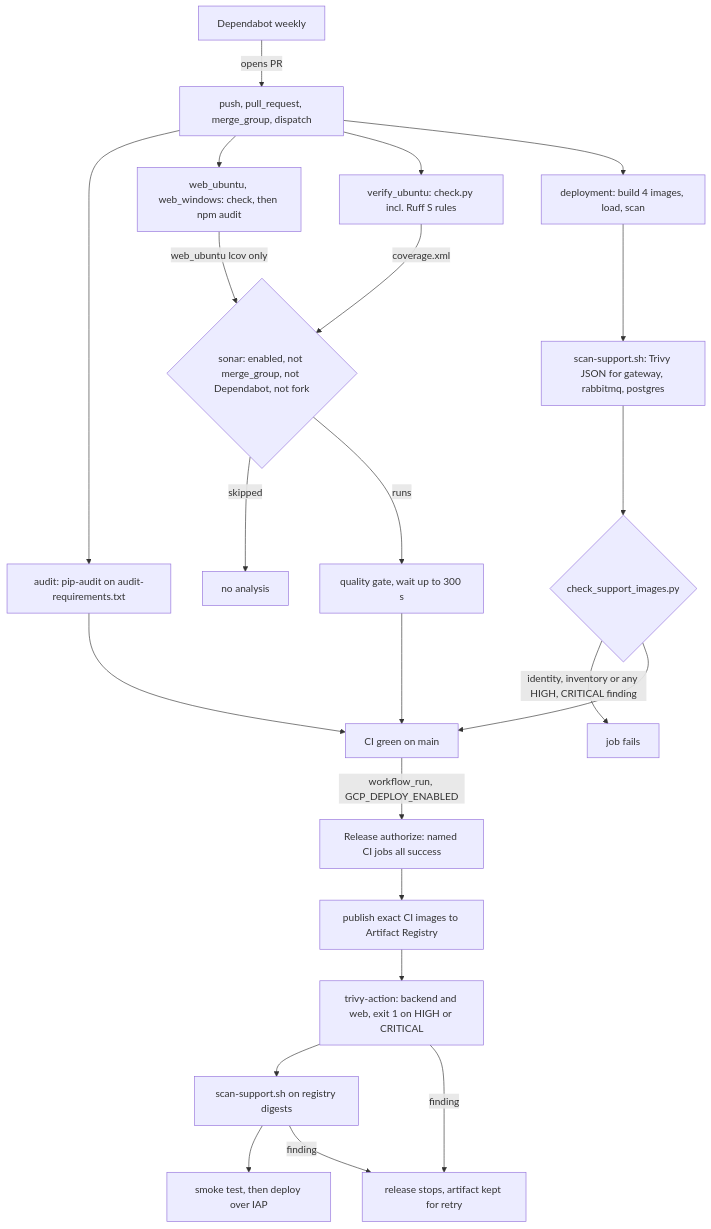
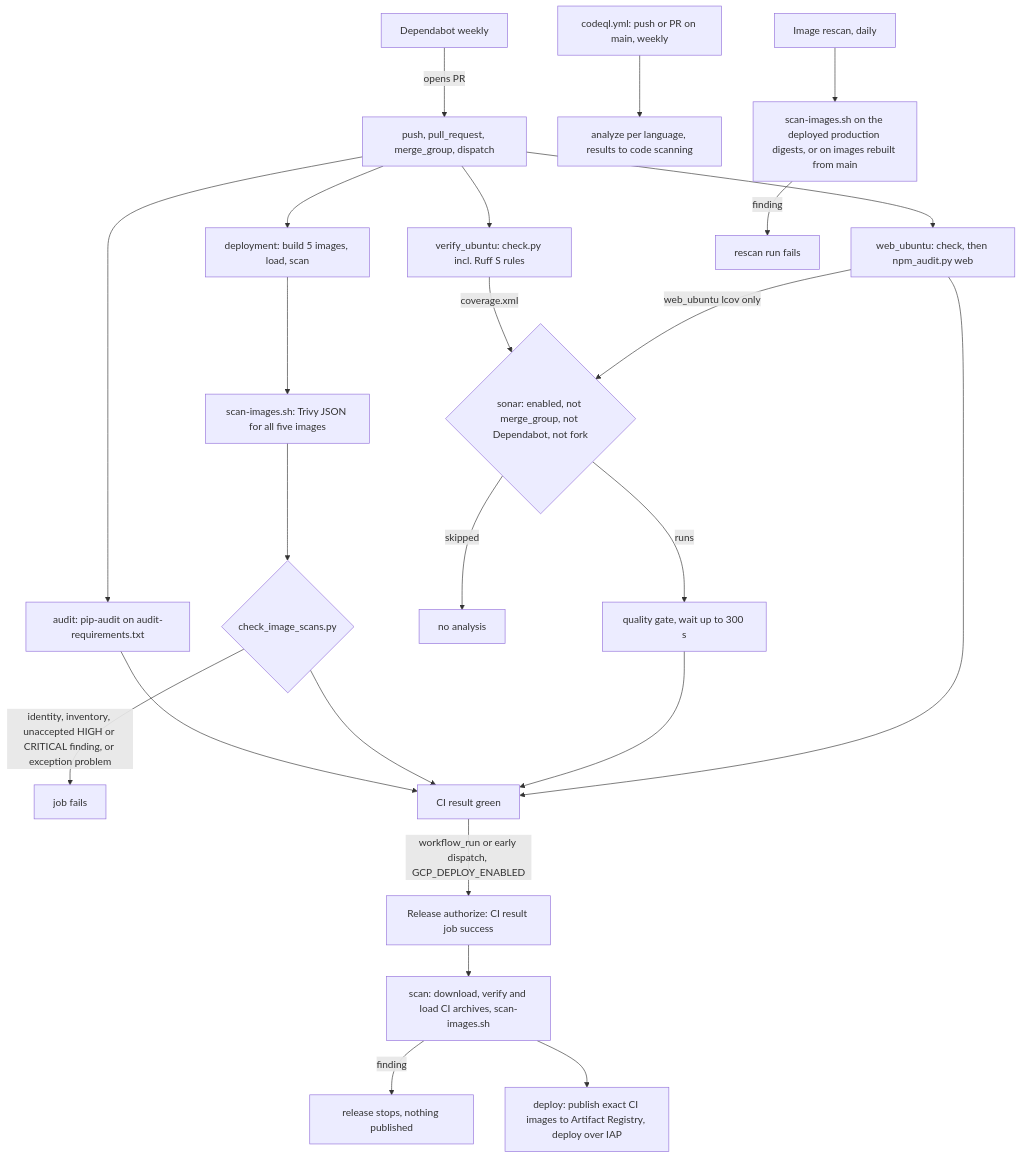
One commit to erkurtharun/pyracast changed the diagram in docs/flows/dependency-and-code-scanning.md. Above: the diagram before and after it, drawn with Mermaid. The commit also changed other lines of this file and 85 other files, not shown here.

First line of the commit message:
Bring the flow pages in line with the code (#107)

````diff
--- a/docs/flows/dependency-and-code-scanning.md
+++ b/docs/flows/dependency-and-code-scanning.md
@@ -19,25 +21,26 @@
 ```mermaid
 flowchart TD
   trig["push, pull_request, merge_group, dispatch"] --> aud["audit: pip-audit on audit-requirements.txt"]
-  trig --> web["web_ubuntu, web_windows: check, then npm audit"]
+  trig --> web["web_ubuntu: check, then npm_audit.py web"]
   trig --> ver["verify_ubuntu: check.py incl. Ruff S rules"]
-  trig --> dep["deployment: build 4 images, load, scan"]
+  trig --> dep["deployment: build 5 images, load, scan"]
   dbot["Dependabot weekly"] -->|"opens PR"| trig
-  dep --> ss["scan-support.sh: Trivy JSON for gateway, rabbitmq, postgres"]
-  ss --> chk{"check_support_images.py"}
-  chk -->|"identity, inventory or any HIGH, CRITICAL finding"| red["job fails"]
+  cq["codeql.yml: push or PR on main, weekly"] --> cqa["analyze per language, results to code scanning"]
+  dep --> ss["scan-images.sh: Trivy JSON for all five images"]
+  ss --> chk{"check_image_scans.py"}
+  chk -->|"identity, inventory, unaccepted HIGH or CRITICAL finding, or exception problem"| red["job fails"]
   ver -->|"coverage.xml"| son
   web -->|"web_ubuntu lcov only"| son{"sonar: enabled, not merge_group, not Dependabot, not fork"}
   son -->|"skipped"| skip["no analysis"]
   son -->|"runs"| qg["quality gate, wait up to 300 s"]
-  aud --> ok["CI green on main"]
+  aud --> ok["CI result green"]
   chk --> ok
   qg --> ok
-  ok -->|"workflow_run, GCP_DEPLOY_ENABLED"| auth["Release authorize: named CI jobs all success"]
-  auth --> pub["publish exact CI images to Artifact Registry"]
-  pub --> tr["trivy-action: backend and web, exit 1 on HIGH or CRITICAL"]
-  tr --> ss2["scan-support.sh on registry digests"]
-  ss2 --> smoke["smoke test, then deploy over IAP"]
-  tr -->|"finding"| stop["release stops, artifact kept for retry"]
-  ss2 -->|"finding"| stop
+  web --> ok
+  ok -->|"workflow_run or early dispatch, GCP_DEPLOY_ENABLED"| auth["Release authorize: CI result job success"]
+  auth --> rs["scan: download, verify and load CI archives, scan-images.sh"]
+  rs -->|"finding"| stop["release stops, nothing published"]
+  rs --> pub["deploy: publish exact CI images to Artifact Registry, deploy over IAP"]
+  daily["Image rescan, daily"] --> ss2["scan-images.sh on the deployed production digests, or on images rebuilt from main"]
+  ss2 -->|"finding"| red2["rescan run fails"]
 ```
````
